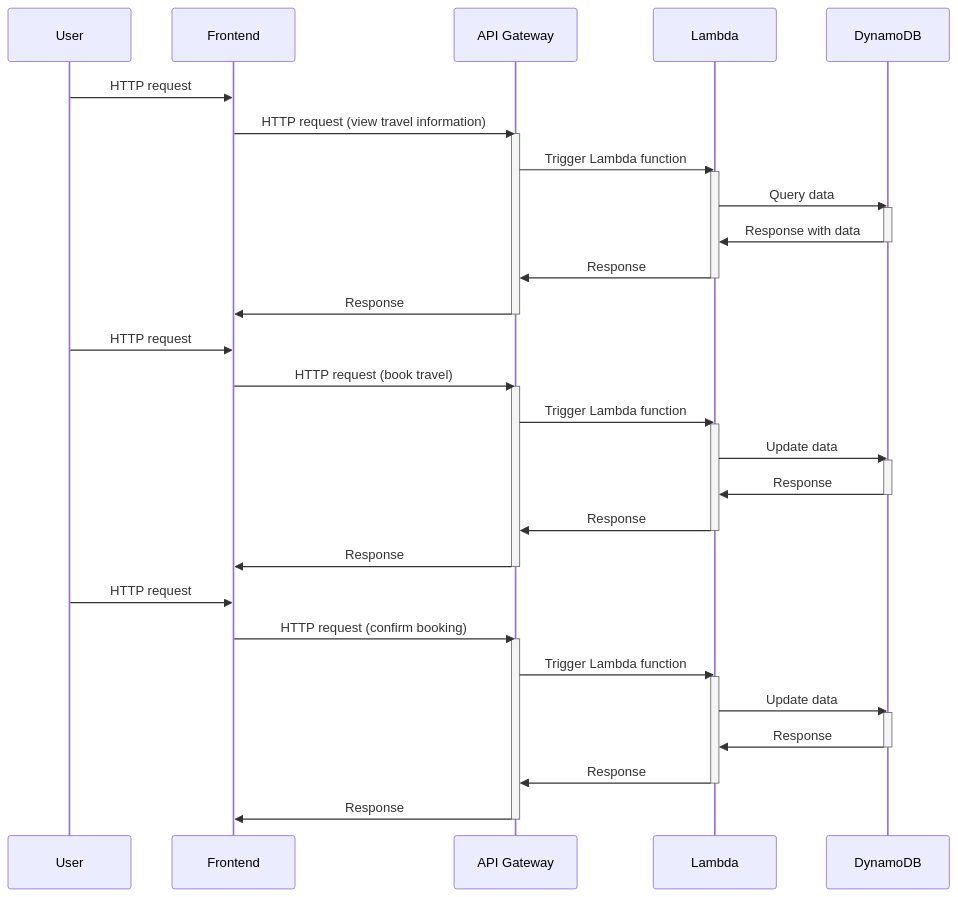
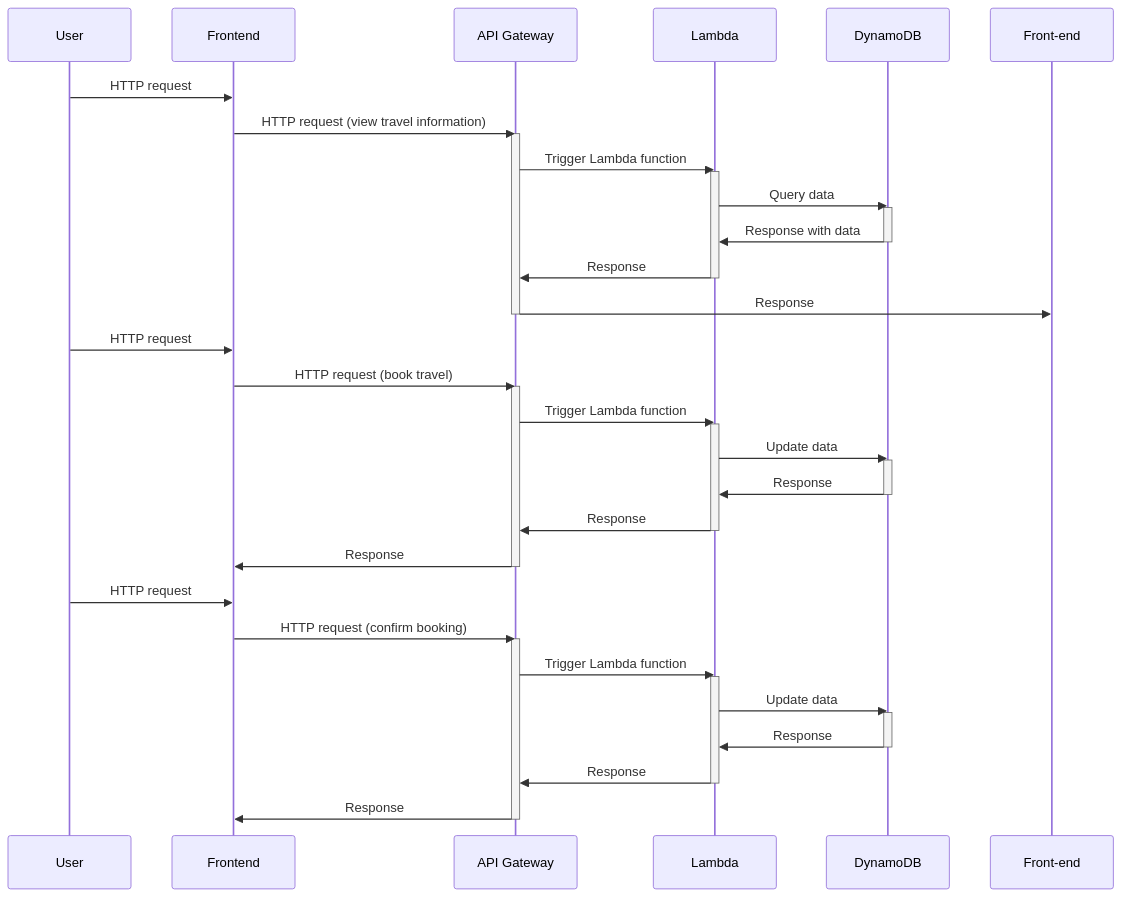
One commit to seven8301/iodraw-files changed the diagram in all/未命名.md. Above: the diagram before and after it, drawn with Mermaid.

Commit message:
2024-10-12 13:18:45 update

````diff
--- a/all/未命名.md
+++ b/all/未命名.md
@@ -1,50 +1,50 @@
 ```mermaid
 sequenceDiagram
     participant User
     participant Frontend
     participant API Gateway
     participant Lambda
     participant DynamoDB
 
     User->>Frontend: HTTP request
     Frontend->>API Gateway: HTTP request (view travel information)
     activate API Gateway
     API Gateway->>Lambda: Trigger Lambda function
     activate Lambda
     Lambda->>DynamoDB: Query data
     activate DynamoDB
     DynamoDB->>Lambda: Response with data
     deactivate DynamoDB
     Lambda->>API Gateway: Response
     deactivate Lambda
-    API Gateway->>Frontend: Response
+    API Gateway->>Front-end: Response
     deactivate API Gateway
 
     User->>Frontend: HTTP request
     Frontend->>API Gateway: HTTP request (book travel)
     activate API Gateway
     API Gateway->>Lambda: Trigger Lambda function
     activate Lambda
     Lambda->>DynamoDB: Update data
     activate DynamoDB
     DynamoDB->>Lambda: Response
     deactivate DynamoDB
     Lambda->>API Gateway: Response
     deactivate Lambda
     API Gateway->>Frontend: Response
     deactivate API Gateway
 
     User->>Frontend: HTTP request
     Frontend->>API Gateway: HTTP request (confirm booking)
     activate API Gateway
     API Gateway->>Lambda: Trigger Lambda function
     activate Lambda
     Lambda->>DynamoDB: Update data
     activate DynamoDB
     DynamoDB->>Lambda: Response
     deactivate DynamoDB
     Lambda->>API Gateway: Response
     deactivate Lambda
     API Gateway->>Frontend: Response
     deactivate API Gateway
 ```
````
